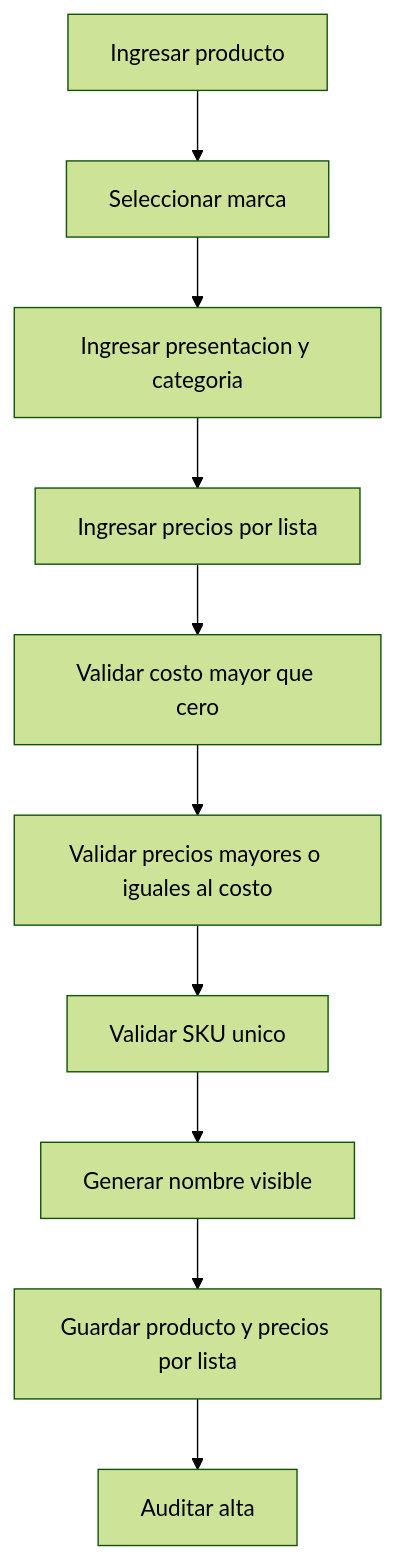
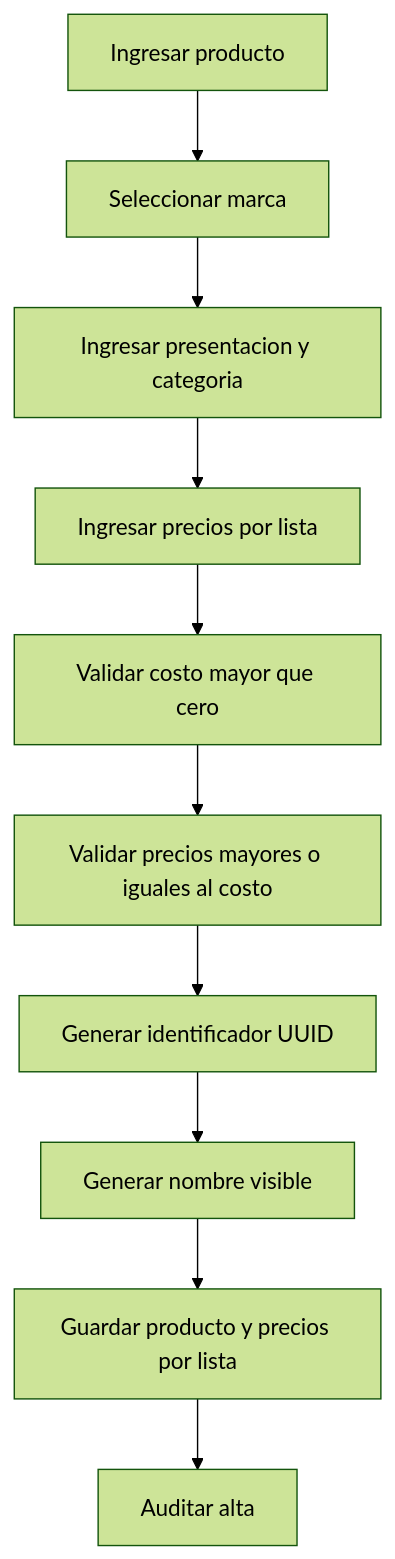
One commit to Martinrc93/distribuidoraCore changed the diagram in docs/diagrams/catalog/flow-create-product.md. Above: the diagram before and after it, drawn with Mermaid (forest theme). The commit also changed 311 other files, not shown here.

````diff
--- a/docs/diagrams/catalog/flow-create-product.md
+++ b/docs/diagrams/catalog/flow-create-product.md
@@ -5,12 +5,12 @@
 ```mermaid
 flowchart TD
     A[Ingresar producto] --> B[Seleccionar marca]
     B --> C[Ingresar presentacion y categoria]
     C --> D[Ingresar precios por lista]
     D --> E[Validar costo mayor que cero]
     E --> F[Validar precios mayores o iguales al costo]
-    F --> G[Validar SKU unico]
+    F --> G[Generar identificador UUID]
     G --> H[Generar nombre visible]
     H --> I[Guardar producto y precios por lista]
     I --> J[Auditar alta]
 ```
````
